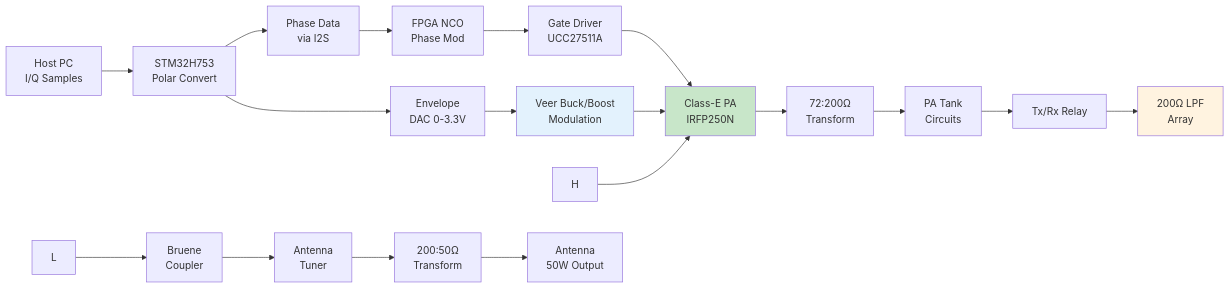
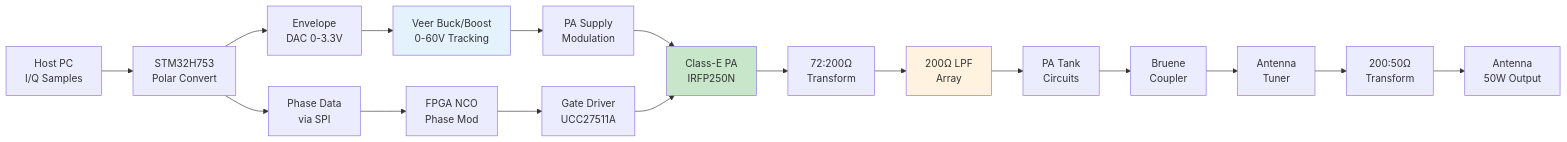
Before and after one commit to alanmimms/nexrig: the first of 4 diagrams in doc/NexRig/Hardware/TX-ARCHITECTURE.md, drawn with Mermaid. The commit also changed other lines of this file and 20 other files, not shown here.

````diff
--- a/doc/NexRig/Hardware/TX-ARCHITECTURE.md
+++ b/doc/NexRig/Hardware/TX-ARCHITECTURE.md
@@ -67,24 +51,23 @@
 ```mermaid
 graph LR
     A[Host PC<br/>I/Q Samples] --> B[STM32H753<br/>Polar Convert]
     B --> C[Envelope<br/>DAC 0-3.3V]
-    B --> D[Phase Data<br/>via I2S]
-    C --> E[Veer Buck/Boost<br/>Modulation]
+    B --> D[Phase Data<br/>via SPI]
+    C --> E[Veer Buck/Boost<br/>0-60V Tracking]
     D --> F[FPGA NCO<br/>Phase Mod]
-    F --> G[Gate Driver<br/>UCC27511A]
+    E --> G[PA Supply<br/>Modulation]
+    F --> H[Gate Driver<br/>UCC27511A]
     G --> I[Class-E PA<br/>IRFP250N]
-    E --> I
     H --> I
-	I --> J[72:200Ω<br/>Transform]
-    J --> PAtank[PA Tank<br/>Circuits]
-    PAtank --> TRrelay[Tx/Rx Relay]
-    TRrelay --> K[200Ω LPF<br/>Array]
+    I --> J[72:200Ω<br/>Transform]
+    J --> K[200Ω LPF<br/>Array]
+    K --> L[PA Tank<br/>Circuits]
     L --> M[Bruene<br/>Coupler]
     M --> N[Antenna<br/>Tuner]
     N --> O[200:50Ω<br/>Transform]
     O --> P[Antenna<br/>50W Output]
-
+    
     style E fill:#e3f2fd
     style I fill:#c8e6c9
     style K fill:#fff3e0
 ```
````
